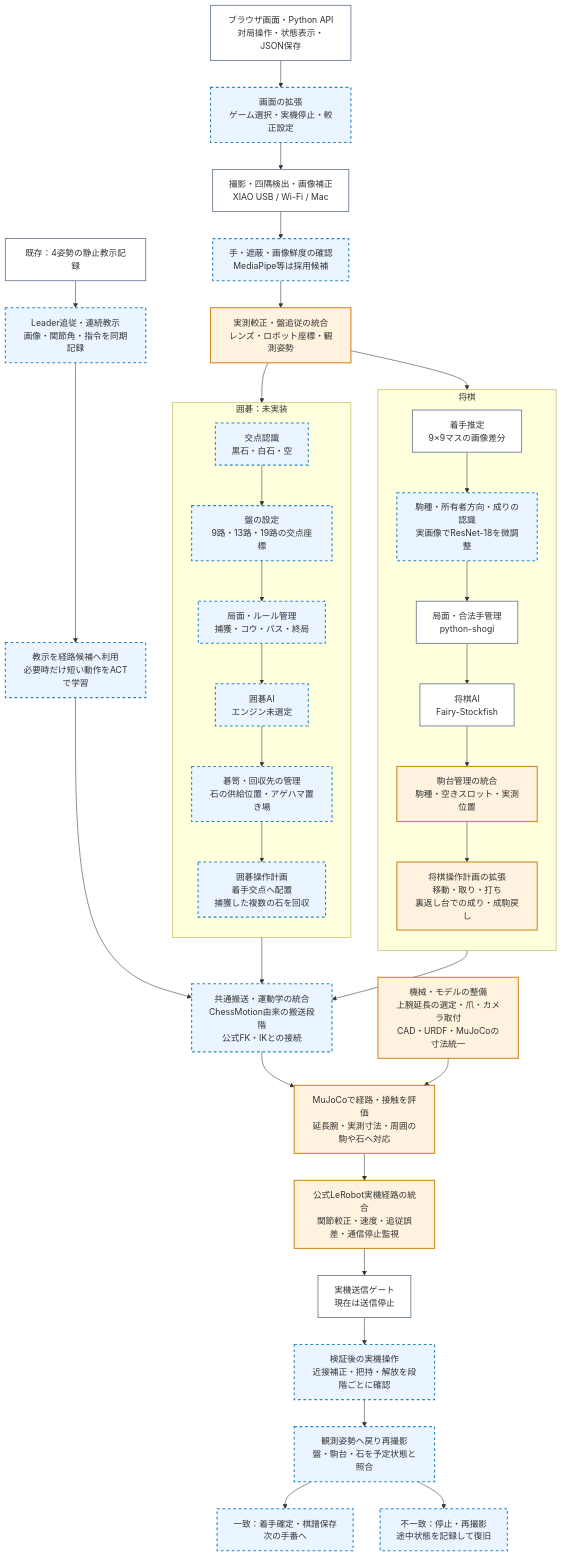
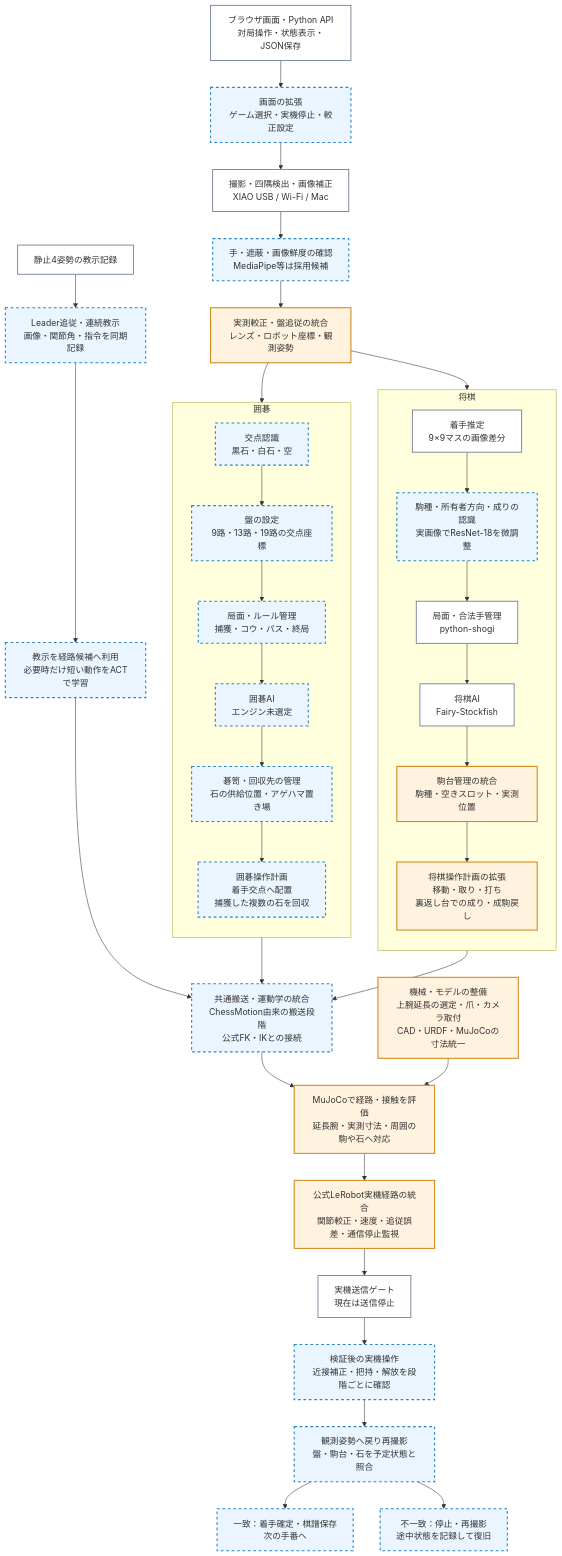
Before and after one commit to ichirooo6755/so101_syogi: the second of 2 diagrams in shogi/docs/shogi-implementation-plan.md, drawn with Mermaid. The commit also changed other lines of this file and 12 other files, not shown here.

First line of the commit message:
feat: 構成図JSONと表示・進捗同期コマンドを追加

````diff
--- a/shogi/docs/shogi-implementation-plan.md
+++ b/shogi/docs/shogi-implementation-plan.md
@@ -210,73 +215,77 @@
 ```mermaid
 flowchart TB
     ui_backend["ブラウザ画面・Python API<br/>対局操作・状態表示・JSON保存"]
     ui_extension["画面の拡張<br/>ゲーム選択・実機停止・較正設定"]
     camera["撮影・四隅検出・画像補正<br/>XIAO USB / Wi-Fi / Mac"]
     image_guard["手・遮蔽・画像鮮度の確認<br/>MediaPipe等は採用候補"]
     board_tracking["実測較正・盤追従の統合<br/>レンズ・ロボット座標・観測姿勢"]
-    subgraph Shogi["将棋"]
-        direction TB
-        shogi_vision["着手推定<br/>9×9マスの画像差分"]
-        shogi_classifier["駒種・所有者方向・成りの認識<br/>実画像でResNet-18を微調整"]
-        shogi_rules["局面・合法手管理<br/>python-shogi"]
-        shogi_ai["将棋AI<br/>Fairy-Stockfish"]
-        shogi_stand["駒台管理の統合<br/>駒種・空きスロット・実測位置"]
-        shogi_plan["将棋操作計画の拡張<br/>移動・取り・打ち<br/>裏返し台での成り・成駒戻し"]
-    end
-    subgraph Go["囲碁：未実装"]
-        direction TB
-        go_vision["交点認識<br/>黒石・白石・空"]
-        go_geometry["盤の設定<br/>9路・13路・19路の交点座標"]
-        go_rules["局面・ルール管理<br/>捕獲・コウ・パス・終局"]
-        go_ai["囲碁AI<br/>エンジン未選定"]
-        go_inventory["碁笥・回収先の管理<br/>石の供給位置・アゲハマ置き場"]
-        go_plan["囲碁操作計画<br/>着手交点へ配置<br/>捕獲した複数の石を回収"]
-    end
     motion_integration["共通搬送・運動学の統合<br/>ChessMotion由来の搬送段階<br/>公式FK・IKとの接続"]
     simulation["MuJoCoで経路・接触を評価<br/>延長腕・実測寸法・周囲の駒や石へ対応"]
     lerobot_control["公式LeRobot実機経路の統合<br/>関節較正・速度・追従誤差・通信停止監視"]
     live_gate["実機送信ゲート<br/>現在は送信停止"]
     execution_monitor["検証後の実機操作<br/>近接補正・把持・解放を段階ごとに確認"]
     post_action_verify["観測姿勢へ戻り再撮影<br/>盤・駒台・石を予定状態と照合"]
     commit_record["一致：着手確定・棋譜保存<br/>次の手番へ"]
     recovery["不一致：停止・再撮影<br/>途中状態を記録して復旧"]
     hardware_models["機械・モデルの整備<br/>上腕延長の選定・爪・カメラ取付<br/>CAD・URDF・MuJoCoの寸法統一"]
-    teaching_snapshots["既存：4姿勢の静止教示記録"]
+    teaching_snapshots["静止4姿勢の教示記録"]
     continuous_teaching["Leader追従・連続教示<br/>画像・関節角・指令を同期記録"]
     skill_learning["教示を経路候補へ利用<br/>必要時だけ短い動作をACTで学習"]
+    subgraph shogi["将棋"]
+        direction TB
+        shogi_vision["着手推定<br/>9×9マスの画像差分"]
+        shogi_classifier["駒種・所有者方向・成りの認識<br/>実画像でResNet-18を微調整"]
+        shogi_rules["局面・合法手管理<br/>python-shogi"]
+        shogi_ai["将棋AI<br/>Fairy-Stockfish"]
+        shogi_stand["駒台管理の統合<br/>駒種・空きスロット・実測位置"]
+        shogi_plan["将棋操作計画の拡張<br/>移動・取り・打ち<br/>裏返し台での成り・成駒戻し"]
+    end
+    subgraph go["囲碁"]
+        direction TB
+        go_vision["交点認識<br/>黒石・白石・空"]
+        go_geometry["盤の設定<br/>9路・13路・19路の交点座標"]
+        go_rules["局面・ルール管理<br/>捕獲・コウ・パス・終局"]
+        go_ai["囲碁AI<br/>エンジン未選定"]
+        go_inventory["碁笥・回収先の管理<br/>石の供給位置・アゲハマ置き場"]
+        go_plan["囲碁操作計画<br/>着手交点へ配置<br/>捕獲した複数の石を回収"]
+    end
     ui_backend --> ui_extension
     ui_extension --> camera
     camera --> image_guard
     image_guard --> board_tracking
     board_tracking --> shogi_vision
     board_tracking --> go_vision
     shogi_vision --> shogi_classifier
     shogi_classifier --> shogi_rules
     shogi_rules --> shogi_ai
     shogi_ai --> shogi_stand
     shogi_stand --> shogi_plan
     go_vision --> go_geometry
     go_geometry --> go_rules
     go_rules --> go_ai
     go_ai --> go_inventory
     go_inventory --> go_plan
     shogi_plan --> motion_integration
     go_plan --> motion_integration
     motion_integration --> simulation
     simulation --> lerobot_control
     lerobot_control --> live_gate
     live_gate --> execution_monitor
     execution_monitor --> post_action_verify
     post_action_verify --> commit_record
     post_action_verify --> recovery
     hardware_models --> simulation
     teaching_snapshots --> continuous_teaching
     continuous_teaching --> skill_learning
     skill_learning --> motion_integration
     classDef implemented fill:#ffffff,stroke:#64748b,stroke-width:1.5px;
+    class ui_backend,camera,shogi_vision,shogi_rules,shogi_ai,live_gate,teaching_snapshots implemented;
     classDef prototype_unintegrated fill:#fff3df,stroke:#d18a21,stroke-width:2px;
+    class board_tracking,shogi_stand,shogi_plan,simulation,lerobot_control,hardware_models prototype_unintegrated;
     classDef planned fill:#eaf5ff,stroke:#2684c7,stroke-width:2px,stroke-dasharray:5 5;
-    class ui_backend,camera,shogi_vision,shogi_rules,shogi_ai,live_gate,teaching_snapshots implemented;
-    class board_tracking,shogi_stand,shogi_plan,simulation,lerobot_control,hardware_models prototype_unintegrated;
     class ui_extension,image_guard,shogi_classifier,go_vision,go_geometry,go_rules,go_ai,go_inventory,go_plan,motion_integration,execution_monitor,post_action_verify,commit_record,recovery,continuous_teaching,skill_learning planned;
+    classDef in_progress fill:#fff8cc,stroke:#b89b18,stroke-width:2px;
+    classDef software_verified fill:#e3f6e8,stroke:#33844a,stroke-width:2px;
+    classDef hardware_verified fill:#bce8c9,stroke:#146b36,stroke-width:2.5px;
+    classDef blocked fill:#ffe2e2,stroke:#c34141,stroke-width:2px;
 ```
````
